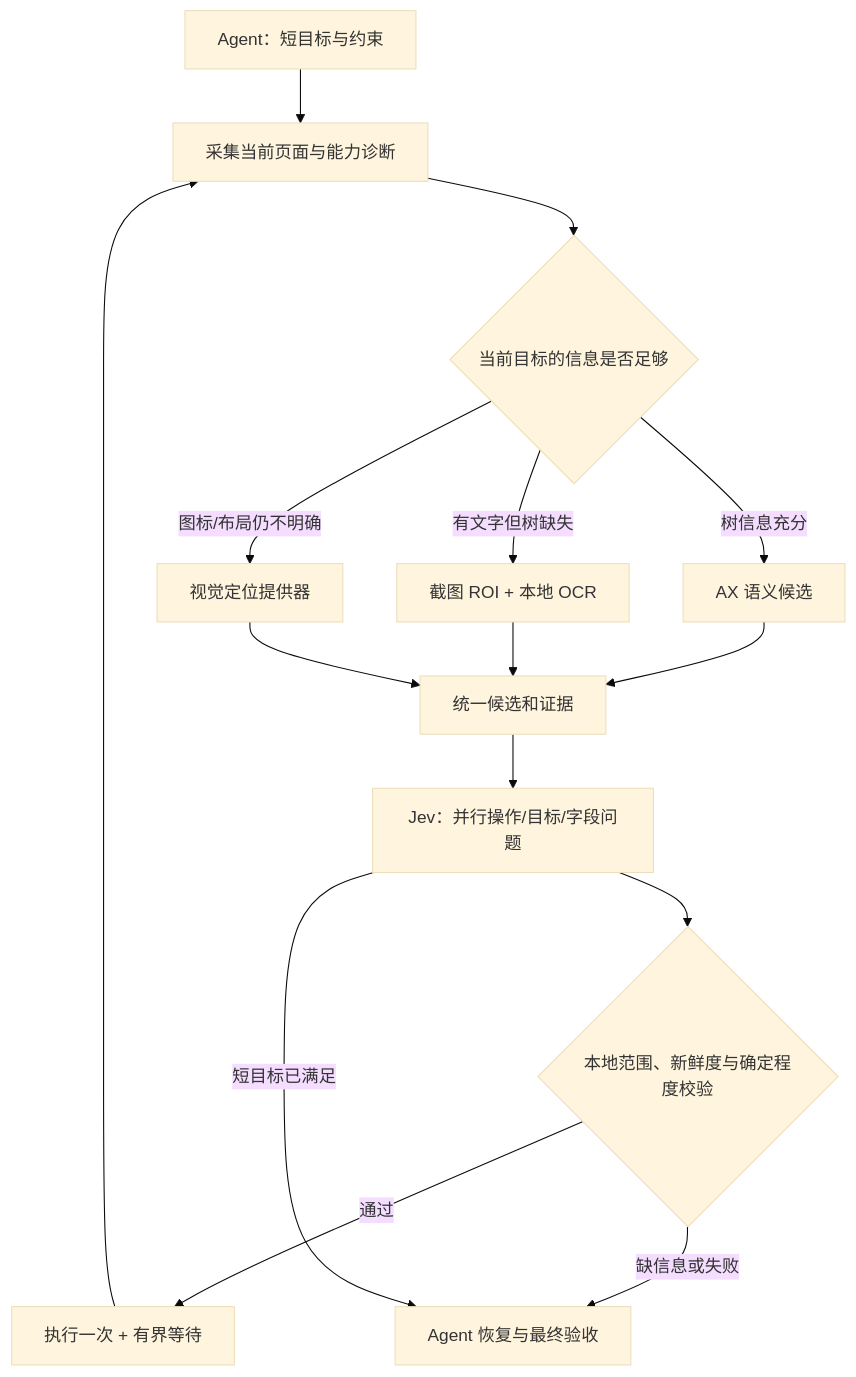
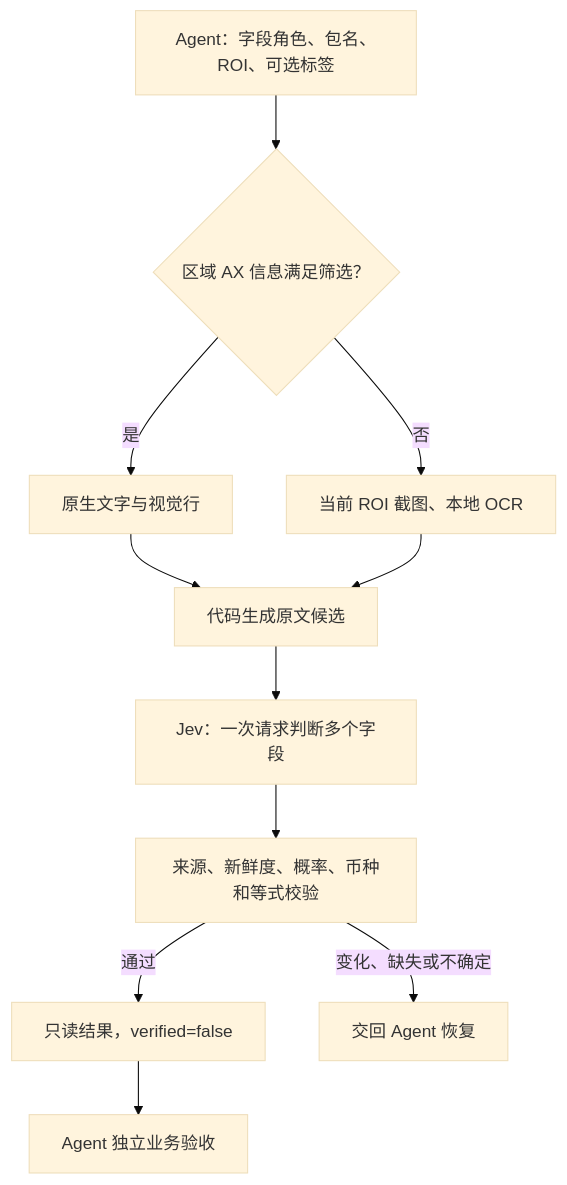
The diagram in docs/visual-routing.zh-CN.md (arcships/android-use), drawn with Mermaid (base theme) before and after one commit. The commit also changed other lines of this file and 6 other files, not shown here.

````diff
--- a/docs/visual-routing.zh-CN.md
+++ b/docs/visual-routing.zh-CN.md
@@ -16,17 +18,13 @@
 ```mermaid
 flowchart TD
-  A[Agent：短目标与约束] --> B[采集当前页面与能力诊断]
-  B --> C{当前目标的信息是否足够}
-  C -->|树信息充分| D[AX 语义候选]
-  C -->|有文字但树缺失| E[截图 ROI + 本地 OCR]
-  C -->|图标/布局仍不明确| F[视觉定位提供器]
-  D --> G[统一候选和证据]
-  E --> G
-  F --> G
-  G --> H[Jev：并行操作/目标/字段问题]
-  H --> I{本地范围、新鲜度与确定程度校验}
-  I -->|通过| J[执行一次 + 有界等待]
-  J --> B
-  I -->|缺信息或失败| K[Agent 恢复与最终验收]
-  H -->|短目标已满足| K
+  A[Agent：字段角色、包名、ROI、可选标签] --> B{区域 AX 信息满足筛选？}
+  B -->|是| C[原生文字与视觉行]
+  B -->|否| D[当前 ROI 截图、本地 OCR]
+  C --> E[代码生成原文候选]
+  D --> E
+  E --> F[Jev：一次请求判断多个字段]
+  F --> G[来源、新鲜度、概率、币种和等式校验]
+  G -->|通过| H[只读结果，verified=false]
+  G -->|变化、缺失或不确定| I[交回 Agent 恢复]
+  H --> J[Agent 独立业务验收]
 ```
````
